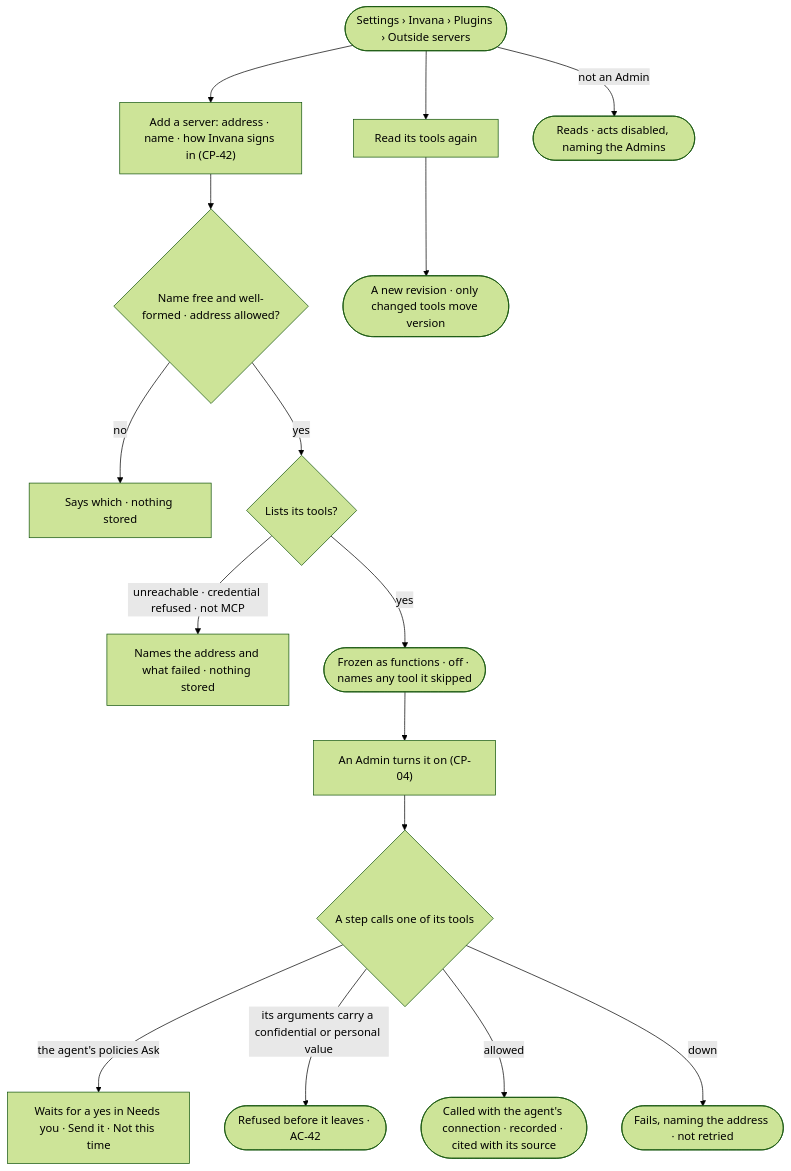
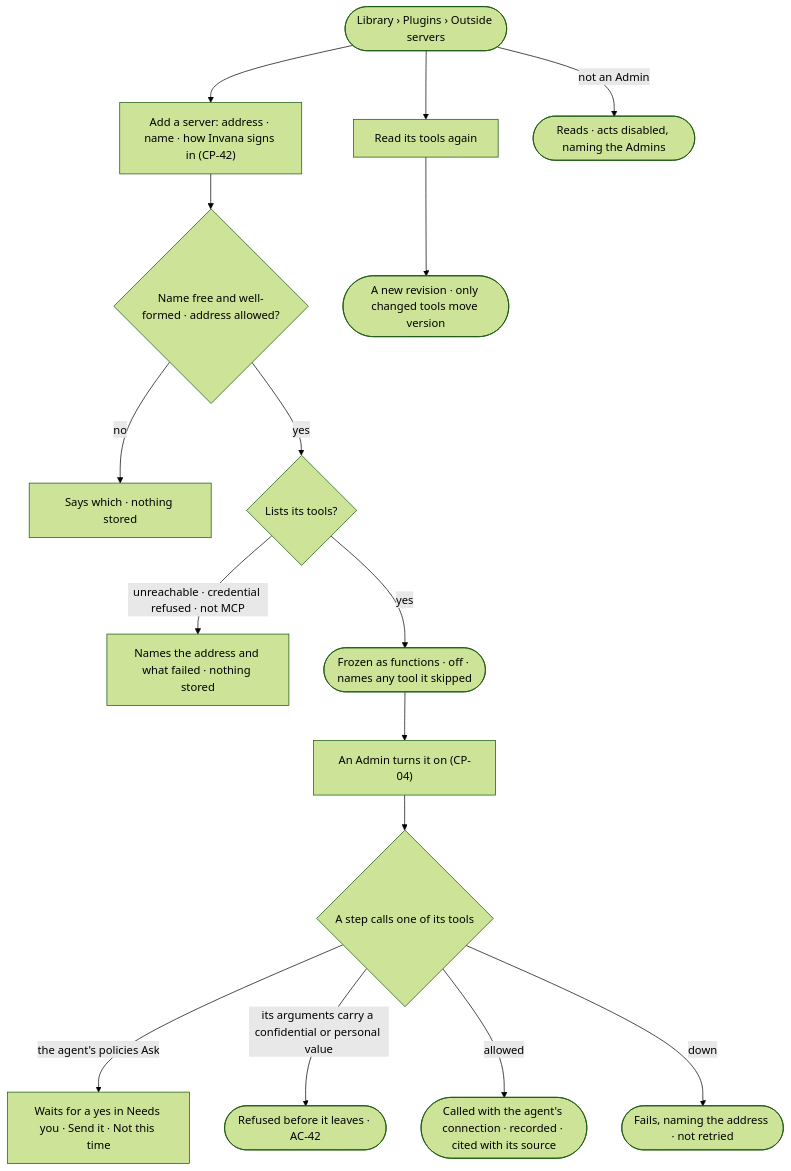
One commit to invana/invana changed the diagram in specs/os/control/features/CP-F02-plugins-and-outside-tools/stories/CP-02-add-an-outside-mcp-server-and-let-agents-call-its-tools/story.md. Above: the diagram before and after it, drawn with Mermaid (forest theme). The commit also changed 106 other files, not shown here.

````diff
--- a/specs/os/control/features/CP-F02-plugins-and-outside-tools/stories/CP-02-add-an-outside-mcp-server-and-let-agents-call-its-tools/story.md
+++ b/specs/os/control/features/CP-F02-plugins-and-outside-tools/stories/CP-02-add-an-outside-mcp-server-and-let-agents-call-its-tools/story.md
@@ -29,18 +29,18 @@
 ```mermaid
 flowchart TD
-  s([Settings › Invana › Plugins › Outside servers]) --> a["Add a server: address · name · how Invana signs in (CP-42)"]
+  s([Library › Plugins › Outside servers]) --> a["Add a server: address · name · how Invana signs in (CP-42)"]
   a --> n{"Name free and well-formed · address allowed?"}
   n -->|no| nf["Says which · nothing stored"]
   n -->|yes| l{"Lists its tools?"}
   l -->|unreachable · credential refused · not MCP| lf["Names the address and what failed · nothing stored"]
   l -->|yes| fz(["Frozen as functions · off · names any tool it skipped"])
   fz --> on["An Admin turns it on (CP-04)"]
   on --> use{"A step calls one of its tools"}
   use -->|the agent's policies Ask| ask["Waits for a yes in Needs you · Send it · Not this time"]
   use -->|its arguments carry a confidential or personal value| ob(["Refused before it leaves · AC-42"])
   use -->|allowed| call(["Called with the agent's connection · recorded · cited with its source"])
   use -->|down| down(["Fails, naming the address · not retried"])
   s --> rf["Read its tools again"]
   rf --> rv(["A new revision · only changed tools move version"])
   s -->|not an Admin| ro(["Reads · acts disabled, naming the Admins"])
 ```
````
